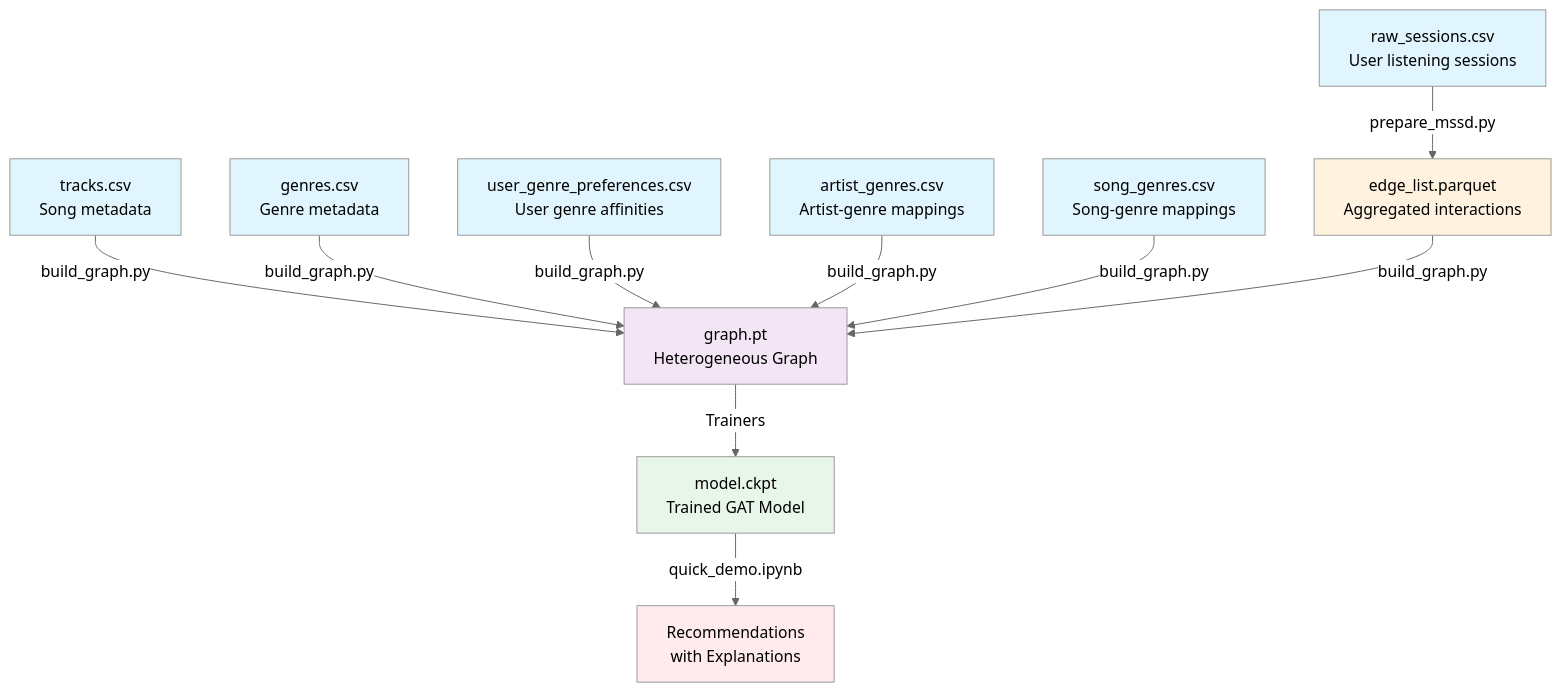
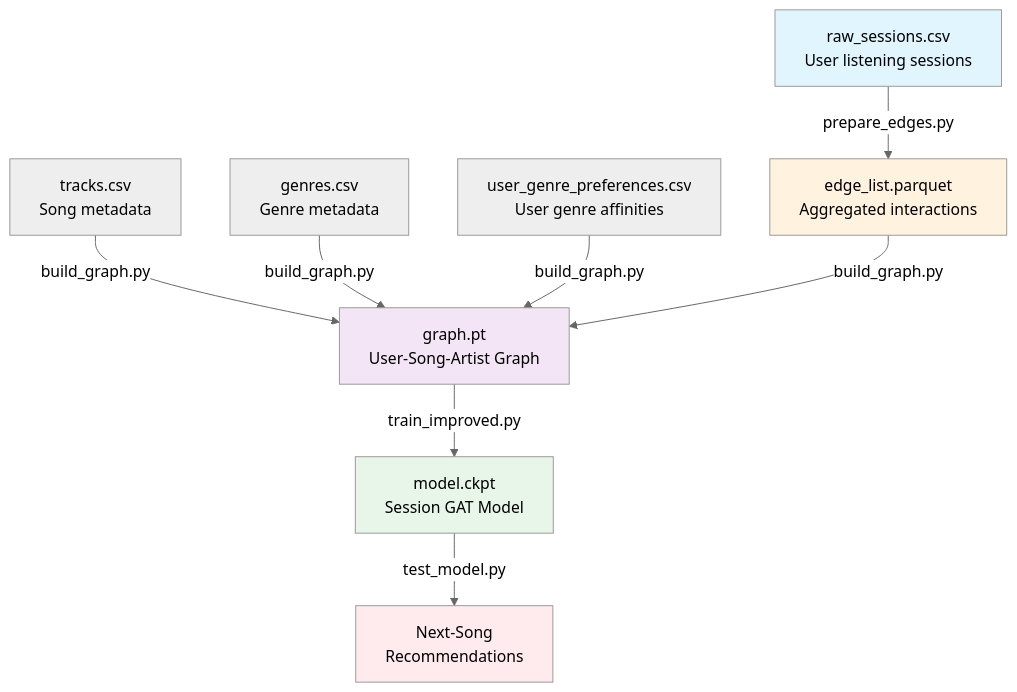
One commit to ytimocin/spotify-engine changed the first of 2 diagrams in docs/technical/architecture.md. Above: the diagram before and after it, drawn with Mermaid (neutral theme). The commit also changed other lines of this file and 10 other files, not shown here.

````diff
--- a/docs/technical/architecture.md
+++ b/docs/technical/architecture.md
@@ -9,23 +16,16 @@
 ```mermaid
 graph TD
-    A[raw_sessions.csv<br/>User listening sessions] -->|prepare_mssd.py| B[edge_list.parquet<br/>Aggregated interactions]
-    C[tracks.csv<br/>Song metadata] -->|build_graph.py| D[graph.pt<br/>Heterogeneous Graph]
+    A[raw_sessions.csv<br/>User listening sessions] -->|prepare_edges.py| B[edge_list.parquet<br/>Aggregated interactions]
+    C[tracks.csv<br/>Song metadata] -->|build_graph.py| D[graph.pt<br/>User-Song-Artist Graph]
     G[genres.csv<br/>Genre metadata] -->|build_graph.py| D
     H[user_genre_preferences.csv<br/>User genre affinities] -->|build_graph.py| D
-    I[artist_genres.csv<br/>Artist-genre mappings] -->|build_graph.py| D
-    J[song_genres.csv<br/>Song-genre mappings] -->|build_graph.py| D
     B -->|build_graph.py| D
-    D -->|Trainers| E[model.ckpt<br/>Trained GAT Model]
-    E -->|quick_demo.ipynb| F[Recommendations<br/>with Explanations]
-    
+    D -->|train_improved.py| E[model.ckpt<br/>Session GAT Model]
+    E -->|test_model.py| F[Next-Song<br/>Recommendations]
+
     style A fill:#e1f5fe
-    style C fill:#e1f5fe
-    style G fill:#e1f5fe
-    style H fill:#e1f5fe
-    style I fill:#e1f5fe
-    style J fill:#e1f5fe
     style B fill:#fff3e0
     style D fill:#f3e5f5
     style E fill:#e8f5e9
     style F fill:#ffebee
 ```
````
